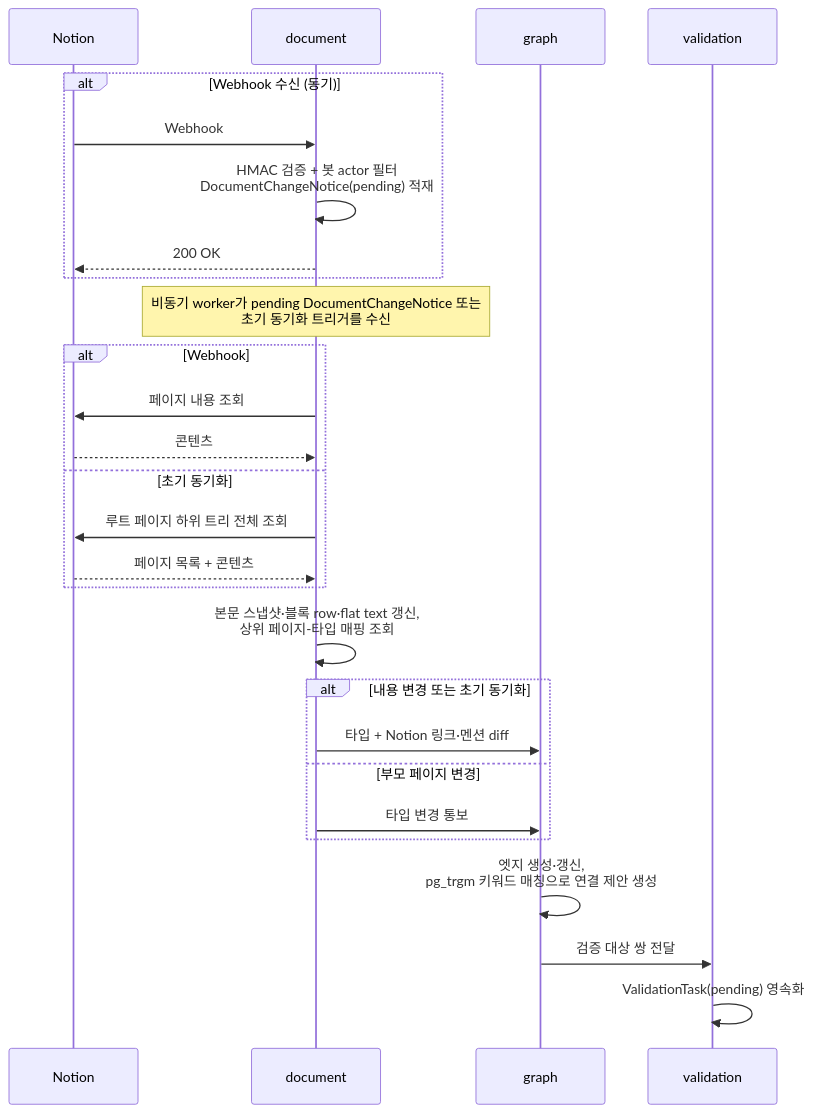
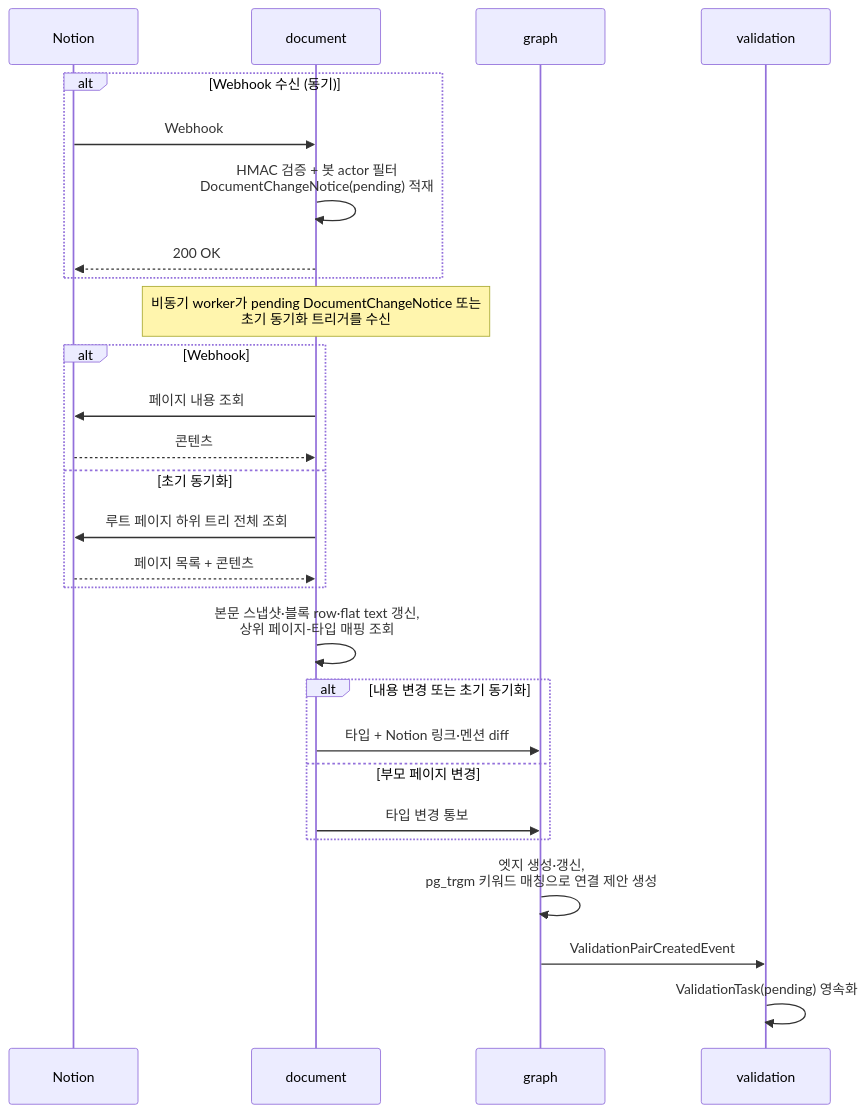
One commit to ladinzgit/doc-graph changed the second of 3 diagrams in docs/domains.md. Above: the diagram before and after it, drawn with Mermaid. The commit also changed other lines of this file, not shown here.

Commit message:
docs(domains): cross-domain 이벤트·query 호출 명칭을 시퀀스 다이어그램에 표기

````diff
--- a/docs/domains.md
+++ b/docs/domains.md
@@ -46,31 +46,31 @@
 ```mermaid
 sequenceDiagram
     participant Notion
     participant document
     participant graph
     participant validation
 
     alt Webhook 수신 (동기)
         Notion->>document: Webhook
         document->>document: HMAC 검증 + 봇 actor 필터<br/>DocumentChangeNotice(pending) 적재
         document-->>Notion: 200 OK
     end
 
     Note over document: 비동기 worker가 pending DocumentChangeNotice 또는<br/>초기 동기화 트리거를 수신
     alt Webhook
         document->>Notion: 페이지 내용 조회
         Notion-->>document: 콘텐츠
     else 초기 동기화
         document->>Notion: 루트 페이지 하위 트리 전체 조회
         Notion-->>document: 페이지 목록 + 콘텐츠
     end
     document->>document: 본문 스냅샷·블록 row·flat text 갱신,<br/>상위 페이지-타입 매핑 조회
     alt 내용 변경 또는 초기 동기화
         document->>graph: 타입 + Notion 링크·멘션 diff
     else 부모 페이지 변경
         document->>graph: 타입 변경 통보
     end
     graph->>graph: 엣지 생성·갱신,<br/>pg_trgm 키워드 매칭으로 연결 제안 생성
-    graph->>validation: 검증 대상 쌍 전달
+    graph->>validation: ValidationPairCreatedEvent
     validation->>validation: ValidationTask(pending) 영속화
 ```
````
